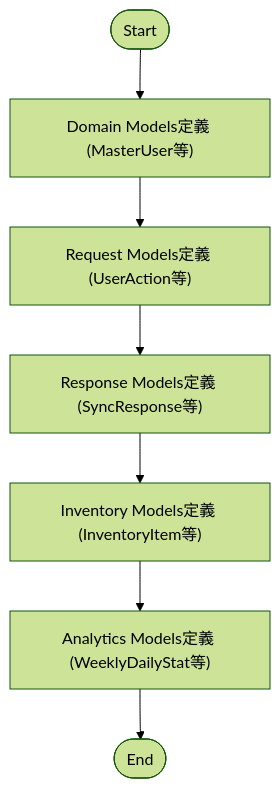
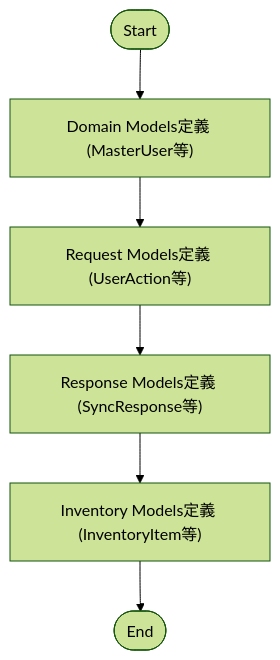
Before and after one commit to mmtigers/my_python_project: the first of 2 diagrams in docs/specifications/MY_HOME_SYSTEM/quest.md, drawn with Mermaid (forest theme). The commit also changed other lines of this file and 3 other files, not shown here.

````diff
--- a/docs/specifications/MY_HOME_SYSTEM/quest.md
+++ b/docs/specifications/MY_HOME_SYSTEM/quest.md
@@ -617,10 +454,9 @@
 ```mermaid
 flowchart TD
     Start([Start]) --> DefineDomainModels["Domain Models定義 (MasterUser等)"]
     DefineDomainModels --> DefineRequestModels["Request Models定義 (UserAction等)"]
     DefineRequestModels --> DefineResponseModels["Response Models定義 (SyncResponse等)"]
     DefineResponseModels --> DefineInventoryModels["Inventory Models定義 (InventoryItem等)"]
-    DefineInventoryModels --> DefineAnalyticsModels["Analytics Models定義 (WeeklyDailyStat等)"]
-    DefineAnalyticsModels --> End([End])
+    DefineInventoryModels --> End([End])
 
 ```
````
